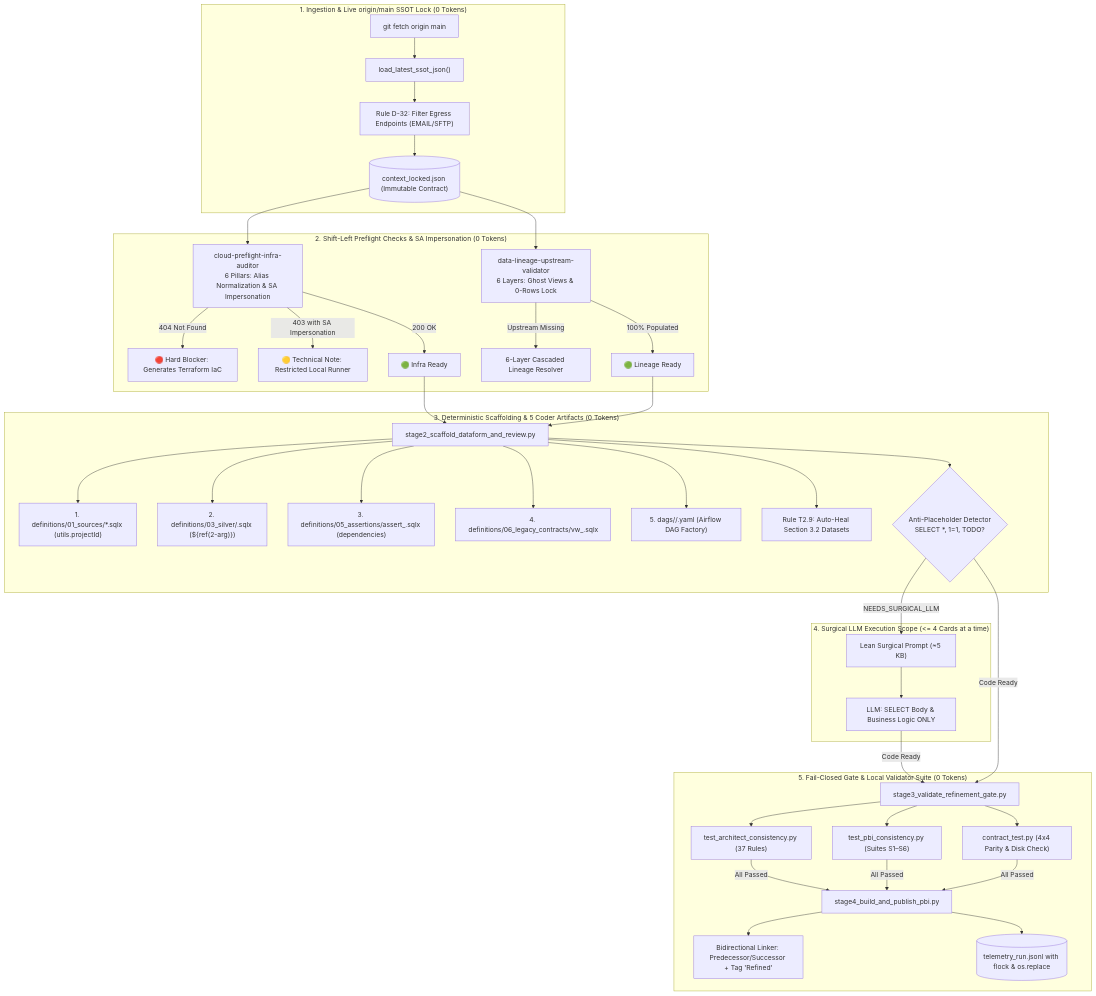
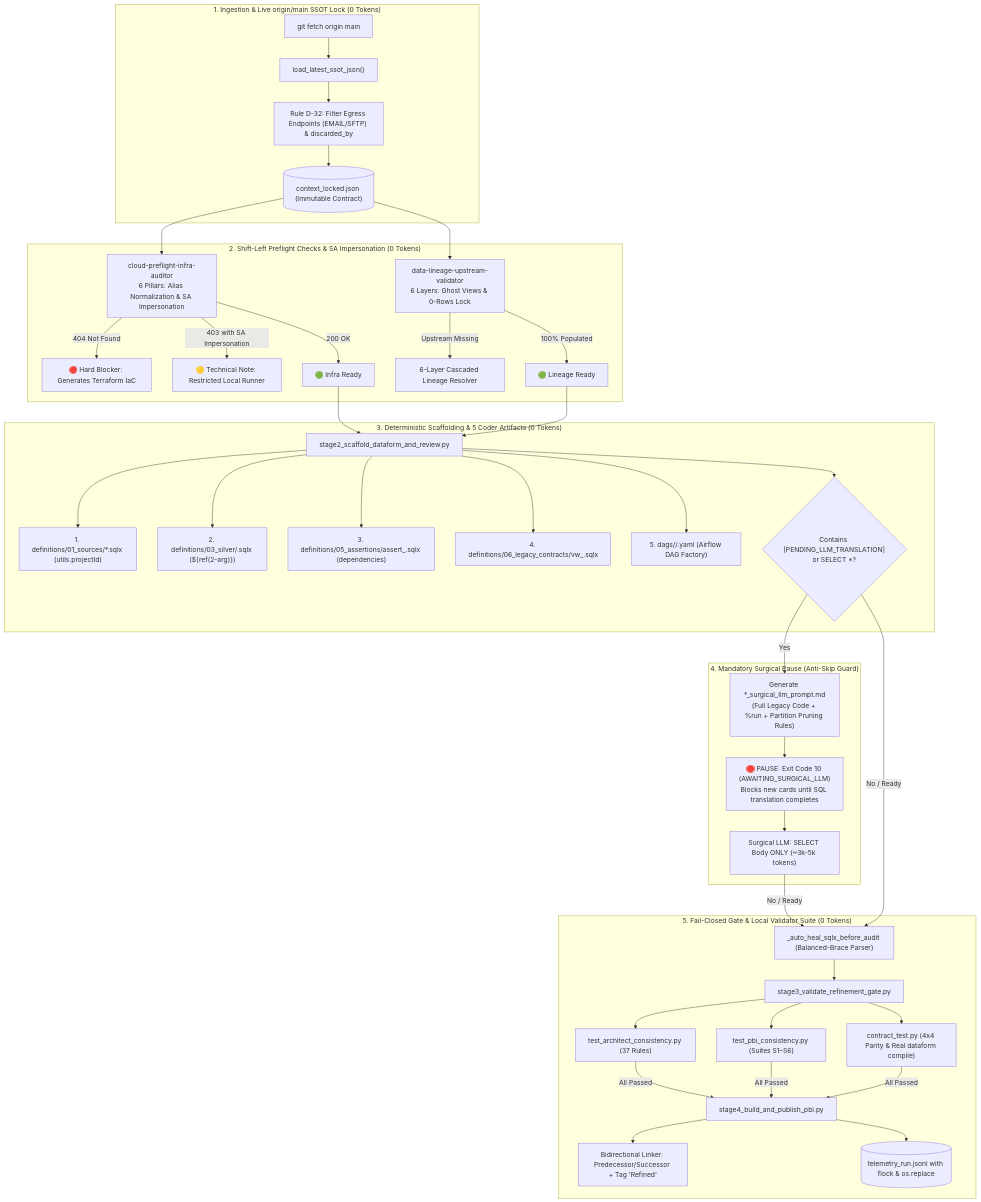
One commit to mvsimao/agent-skills changed the first of 4 diagrams in README.md. Above: the diagram before and after it, drawn with Mermaid. The commit also changed other lines of this file and 16 other files, not shown here.

````diff
--- a/README.md
+++ b/README.md
@@ -76,45 +76,46 @@
 ```mermaid
 flowchart TD
     subgraph INGRESS["1. Ingestion & Live origin/main SSOT Lock (0 Tokens)"]
         GIT["git fetch origin main"] --> SSOT["load_latest_ssot_json()"]
-        SSOT --> D32["Rule D-32: Filter Egress Endpoints (EMAIL/SFTP)"]
+        SSOT --> D32["Rule D-32: Filter Egress Endpoints (EMAIL/SFTP) & discarded_by"]
         D32 --> CTX[("context_locked.json (Immutable Contract)")]
     end
 
     subgraph PREFLIGHT["2. Shift-Left Preflight Checks & SA Impersonation (0 Tokens)"]
         CTX --> SKILL1["cloud-preflight-infra-auditor\n6 Pillars: Alias Normalization & SA Impersonation"]
         CTX --> SKILL2["data-lineage-upstream-validator\n6 Layers: Ghost Views & 0-Rows Lock"]
         
         SKILL1 -->|404 Not Found| BLK1["🔴 Hard Blocker: Generates Terraform IaC"]
         SKILL1 -->|403 with SA Impersonation| WRN1["🟡 Technical Note: Restricted Local Runner"]
         SKILL1 -->|200 OK| PASS1["🟢 Infra Ready"]
         SKILL2 -->|Upstream Missing| LIN6["6-Layer Cascaded Lineage Resolver"]
         SKILL2 -->|100% Populated| PASS2["🟢 Lineage Ready"]
     end
 
     subgraph SCAFFOLD["3. Deterministic Scaffolding & 5 Coder Artifacts (0 Tokens)"]
         PASS1 & PASS2 --> SKILL3_STAGE2["stage2_scaffold_dataform_and_review.py"]
         SKILL3_STAGE2 --> A1["1. definitions/01_sources/*.sqlx (utils.projectId)"]
         SKILL3_STAGE2 --> A2["2. definitions/03_silver/<table>.sqlx (${ref(2-arg)})"]
         SKILL3_STAGE2 --> A3["3. definitions/05_assertions/assert_<table>.sqlx (dependencies)"]
         SKILL3_STAGE2 --> A4["4. definitions/06_legacy_contracts/vw_<table>.sqlx"]
         SKILL3_STAGE2 --> A5["5. dags/<region>/<dag_id>.yaml (Airflow DAG Factory)"]
-        SKILL3_STAGE2 --> T29["Rule T2.9: Auto-Heal Section 3.2 Datasets"]
-        SKILL3_STAGE2 --> DETECT{"Anti-Placeholder Detector\nSELECT *, 1=1, TODO?"}
+        SKILL3_STAGE2 --> DETECT{"Contains [PENDING_LLM_TRANSLATION]\nor SELECT *?"}
     end
 
-    subgraph LLM_SCOPE["4. Surgical LLM Execution Scope (<= 4 Cards at a time)"]
-        DETECT -->|NEEDS_SURGICAL_LLM| PRM["Lean Surgical Prompt (~5 KB)"]
-        PRM --> LLM["LLM: SELECT Body & Business Logic ONLY"]
+    subgraph SURGICAL_PAUSE["4. Mandatory Surgical Pause (Anti-Skip Guard)"]
+        DETECT -->|Yes| PROMPT["Generate *_surgical_llm_prompt.md\n(Full Legacy Code + %run + Partition Pruning Rules)"]
+        PROMPT --> PAUSE["🛑 PAUSE: Exit Code 10 (AWAITING_SURGICAL_LLM)\nBlocks new cards until SQL translation completes"]
+        PAUSE --> LLM["Surgical LLM: SELECT Body ONLY (~3k-5k tokens)"]
     end
 
     subgraph GATE["5. Fail-Closed Gate & Local Validator Suite (0 Tokens)"]
-        LLM & DETECT -->|Code Ready| GT["stage3_validate_refinement_gate.py"]
+        LLM & DETECT -->|No / Ready| HEAL["_auto_heal_sqlx_before_audit (Balanced-Brace Parser)"]
+        HEAL --> GT["stage3_validate_refinement_gate.py"]
         GT --> V1["test_architect_consistency.py (37 Rules)"]
         GT --> V2["test_pbi_consistency.py (Suites S1–S6)"]
-        GT --> V3["contract_test.py (4x4 Parity & Disk Check)"]
+        GT --> V3["contract_test.py (4x4 Parity & Real dataform compile)"]
         V1 & V2 & V3 -->|All Passed| PUB["stage4_build_and_publish_pbi.py"]
         PUB --> ADO["Bidirectional Linker: Predecessor/Successor + Tag 'Refined'"]
         PUB --> TLM[("telemetry_run.jsonl with flock & os.replace")]
     end
 ```
````
